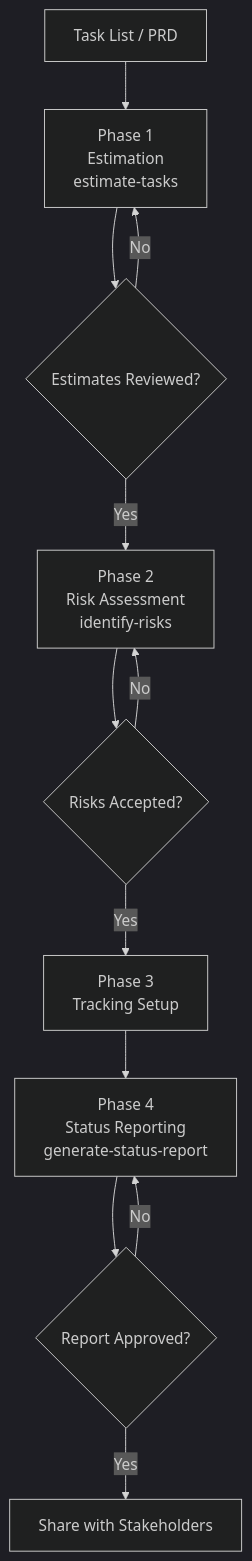
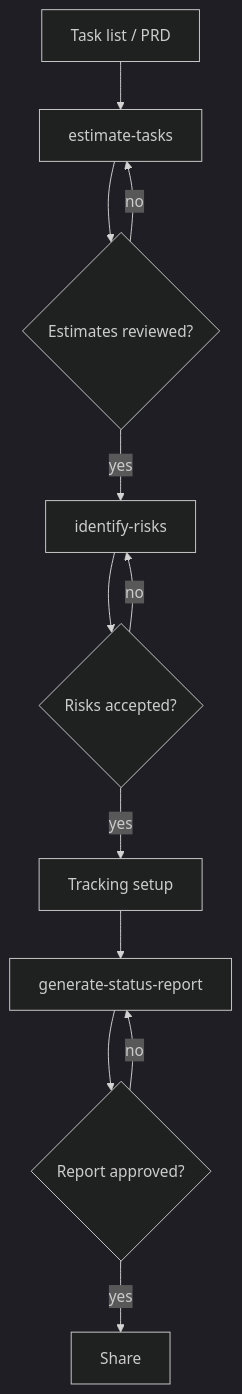
The second of 4 diagrams in docs/persona-guide.md (igmarin/agnostic-planning-skills), drawn with Mermaid (dark theme) before and after one commit. The commit also changed other lines of this file and 34 other files, not shown here.

````diff
--- a/docs/persona-guide.md
+++ b/docs/persona-guide.md
@@ -49,14 +32,14 @@
 ```mermaid
 graph TD
-    A[Task List / PRD] --> B["Phase 1<br/>Estimation<br/>estimate-tasks"]
-    B --> C{"Estimates Reviewed?"}
-    C -->|No| B
-    C -->|Yes| D["Phase 2<br/>Risk Assessment<br/>identify-risks"]
-    D --> E{"Risks Accepted?"}
-    E -->|No| D
-    E -->|Yes| F["Phase 3<br/>Tracking Setup"]
-    F --> G["Phase 4<br/>Status Reporting<br/>generate-status-report"]
-    G --> H{"Report Approved?"}
-    H -->|No| G
-    H -->|Yes| I[Share with Stakeholders]
+    A[Task list / PRD] --> B[estimate-tasks]
+    B --> C{Estimates reviewed?}
+    C -->|no| B
+    C -->|yes| D[identify-risks]
+    D --> E{Risks accepted?}
+    E -->|no| D
+    E -->|yes| F[Tracking setup]
+    F --> G[generate-status-report]
+    G --> H{Report approved?}
+    H -->|no| G
+    H -->|yes| I[Share]
 ```
````
